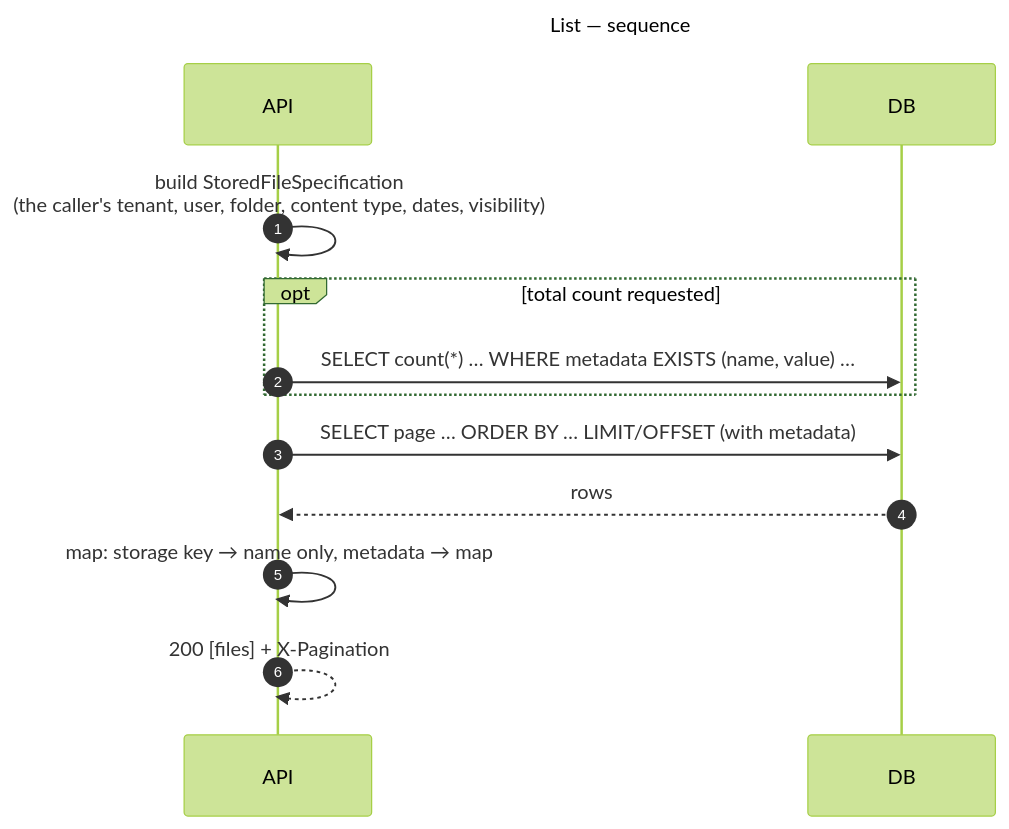
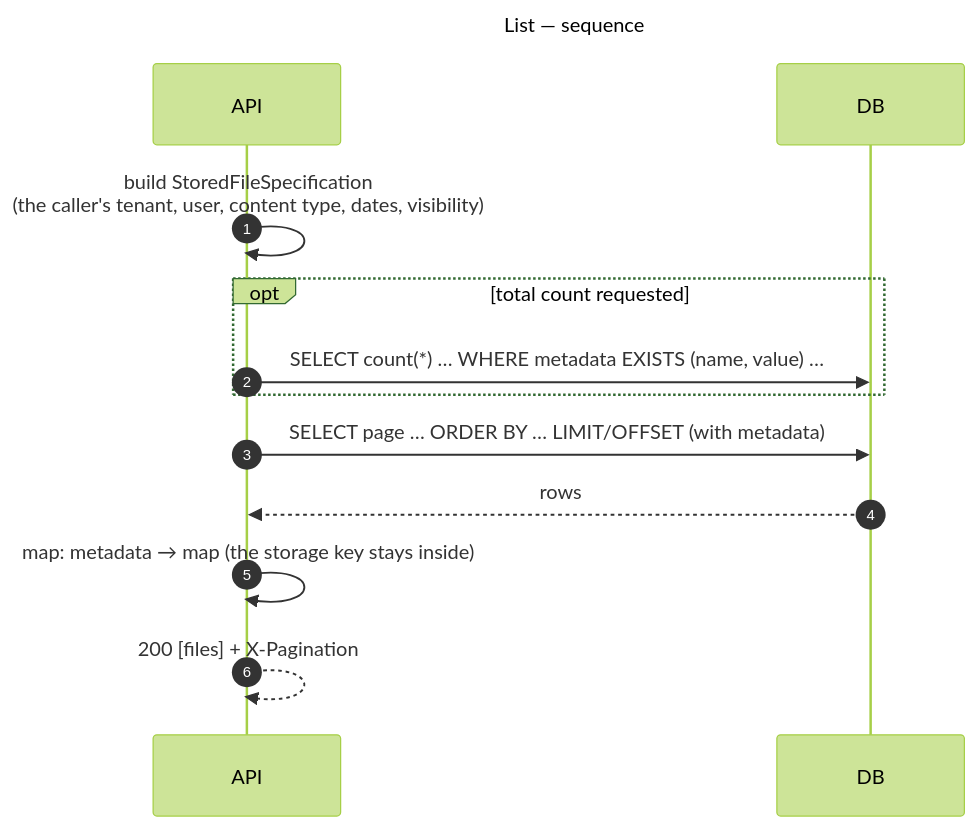
The sixth of 17 diagrams in docs/sequence-diagrams.md (gmetskhvarishvili/GM.FileStorage.Samples), drawn with Mermaid (forest theme) before and after one commit. The commit also changed other lines of this file and 30 other files, not shown here.

````diff
--- a/docs/sequence-diagrams.md
+++ b/docs/sequence-diagrams.md
@@ -238,18 +238,18 @@
 ```mermaid
 ---
 title: List — sequence
 ---
 sequenceDiagram
     autonumber
     participant API
     participant DB
 
-    API->>API: build StoredFileSpecification<br/>(the caller's tenant, user, folder, content type, dates, visibility)
+    API->>API: build StoredFileSpecification<br/>(the caller's tenant, user, content type, dates, visibility)
     opt total count requested
         API->>DB: SELECT count(*) … WHERE metadata EXISTS (name, value) …
     end
     API->>DB: SELECT page … ORDER BY … LIMIT/OFFSET (with metadata)
     DB-->>API: rows
-    API->>API: map: storage key → name only, metadata → map
+    API->>API: map: metadata → map (the storage key stays inside)
     API-->>API: 200 [files] + X-Pagination
 ```
````
